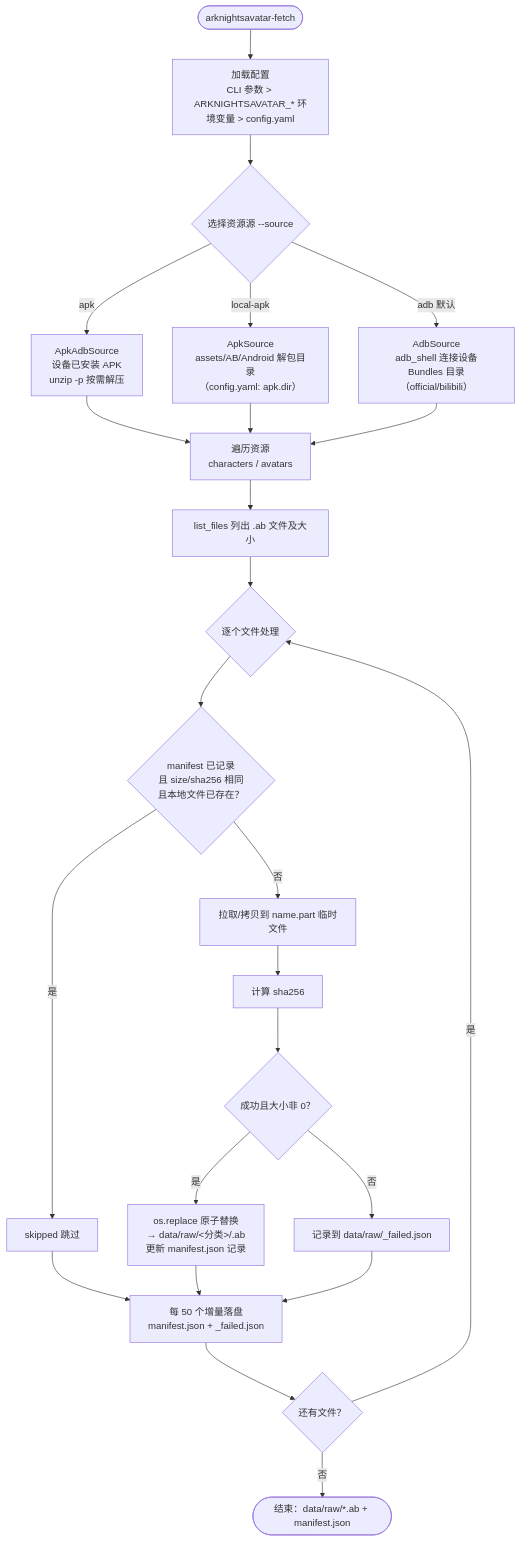
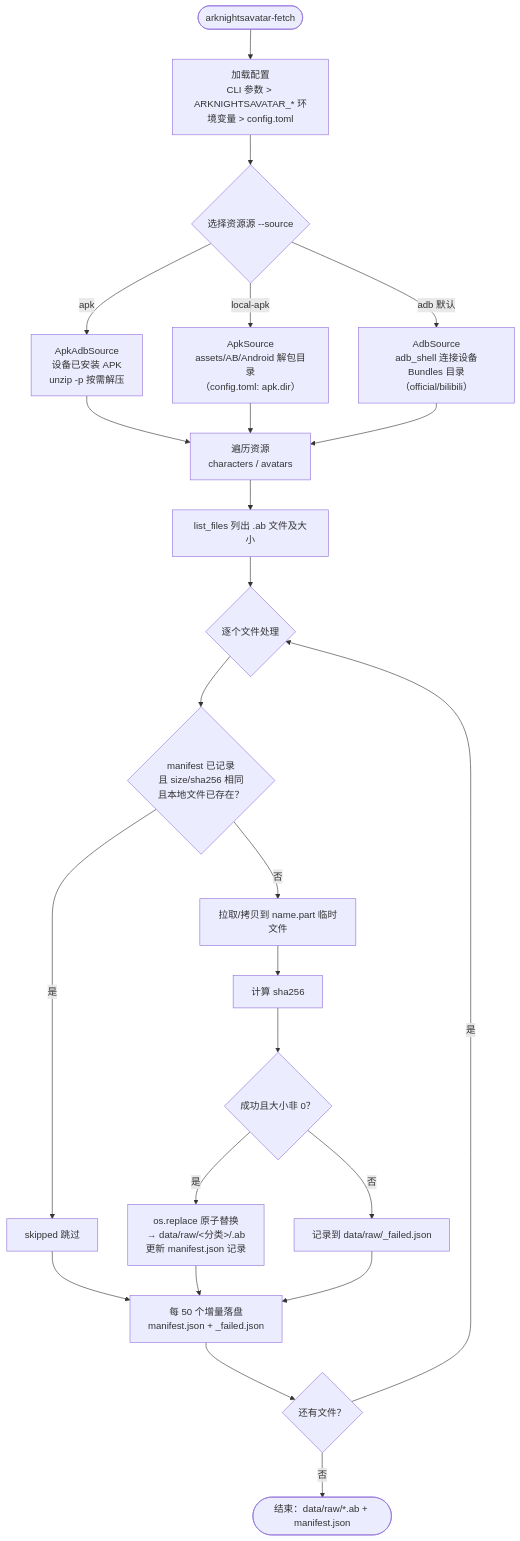
Before and after one commit to Arkfans/ArknightsAvatar: the second of 11 diagrams in docs/生产流程图.md, drawn with Mermaid. The commit also changed other lines of this file and 11 other files, not shown here.

First line of the commit message:
refactor: 拆分 config.yaml 为 config.toml 与 data_repo.yaml

````diff
--- a/docs/生产流程图.md
+++ b/docs/生产流程图.md
@@ -78,26 +78,26 @@
 ```mermaid
 flowchart TD
-    Start(["arknightsavatar-fetch"]) --> Cfg["加载配置<br/>CLI 参数 > ARKNIGHTSAVATAR_* 环境变量 > config.yaml"]
+    Start(["arknightsavatar-fetch"]) --> Cfg["加载配置<br/>CLI 参数 > ARKNIGHTSAVATAR_* 环境变量 > config.toml"]
     Cfg --> Src{"选择资源源 --source"}
     Src -->|"apk"| APK["ApkAdbSource<br/>设备已安装 APK<br/>unzip -p 按需解压"]
-    Src -->|"local-apk"| LOCAL["ApkSource<br/>assets/AB/Android 解包目录<br/>（config.yaml: apk.dir）"]
+    Src -->|"local-apk"| LOCAL["ApkSource<br/>assets/AB/Android 解包目录<br/>（config.toml: apk.dir）"]
     Src -->|"adb 默认"| ADB["AdbSource<br/>adb_shell 连接设备<br/>Bundles 目录（official/bilibili）"]
     APK --> Cat["遍历资源<br/>characters / avatars"]
     LOCAL --> Cat
     ADB --> Cat
     Cat --> List["list_files 列出 .ab 文件及大小"]
     List --> Loop{"逐个文件处理"}
     Loop --> Chk{"manifest 已记录<br/>且 size/sha256 相同<br/>且本地文件已存在？"}
     Chk -->|"是"| Skip["skipped 跳过"]
     Chk -->|"否"| Pull["拉取/拷贝到 name.part 临时文件"]
     Pull --> Hash["计算 sha256"]
     Hash --> OK{"成功且大小非 0？"}
     OK -->|"是"| Move["os.replace 原子替换<br/>→ data/raw/<分类>/<name>.ab<br/>更新 manifest.json 记录"]
     OK -->|"否"| Fail["记录到 data/raw/_failed.json"]
     Move --> Save["每 50 个增量落盘<br/>manifest.json + _failed.json"]
     Skip --> Save
     Fail --> Save
     Save --> Next{"还有文件？"}
     Next -->|"是"| Loop
     Next -->|"否"| Done(["结束：data/raw/*.ab + manifest.json"])
 ```
````
